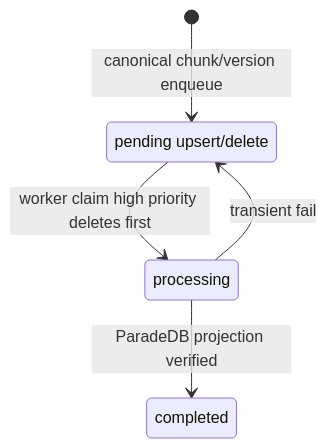
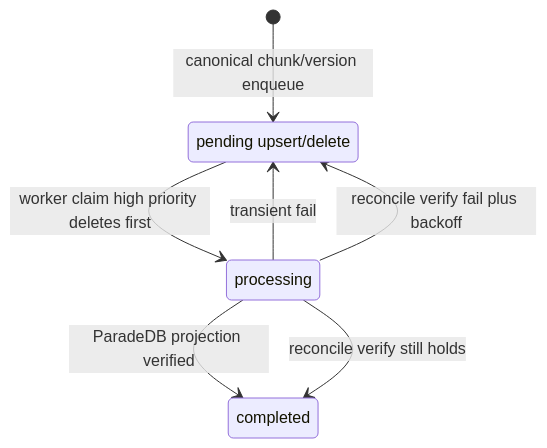
Before and after one commit to Nagdy8888/smart-rag: the third of 5 diagrams in docs/ingestion/JOB_STATE_MACHINE.md, drawn with Mermaid. The commit also changed other lines of this file and 48 other files, not shown here.

````diff
--- a/docs/ingestion/JOB_STATE_MACHINE.md
+++ b/docs/ingestion/JOB_STATE_MACHINE.md
@@ -73,12 +73,14 @@
 ```mermaid
 stateDiagram-v2
   direction TB
   state "pending upsert/delete" as bm25_pending
   state "processing" as bm25_proc
   state "completed" as bm25_done
 
   [*] --> bm25_pending: canonical chunk/version enqueue
   bm25_pending --> bm25_proc: worker claim high priority deletes first
   bm25_proc --> bm25_done: ParadeDB projection verified
   bm25_proc --> bm25_pending: transient fail
+  bm25_proc --> bm25_done: reconcile verify still holds
+  bm25_proc --> bm25_pending: reconcile verify fail plus backoff
 ```
````
